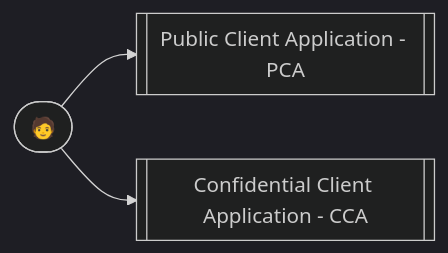
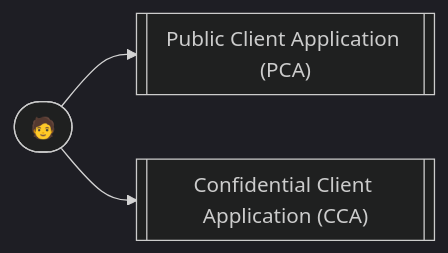
The second of 8 diagrams in README.md (looplex-osi/middlewares-dotnet), drawn with Mermaid (dark theme) before and after one commit. The commit also changed other lines of this file, not shown here.

````diff
--- a/README.md
+++ b/README.md
@@ -175,9 +172,8 @@
 ```mermaid
 graph LR
   actor([🧑])
-  pca[[Public Client Application - PCA]]
-  cca[[Confidential Client Application - CCA]]
+  pca[["Public Client Application (PCA)"]]
+  cca[["Confidential Client Application (CCA)"]]
   
-  actor --> pca
-  actor --> cca
+  actor --> pca & cca
 ```
````
